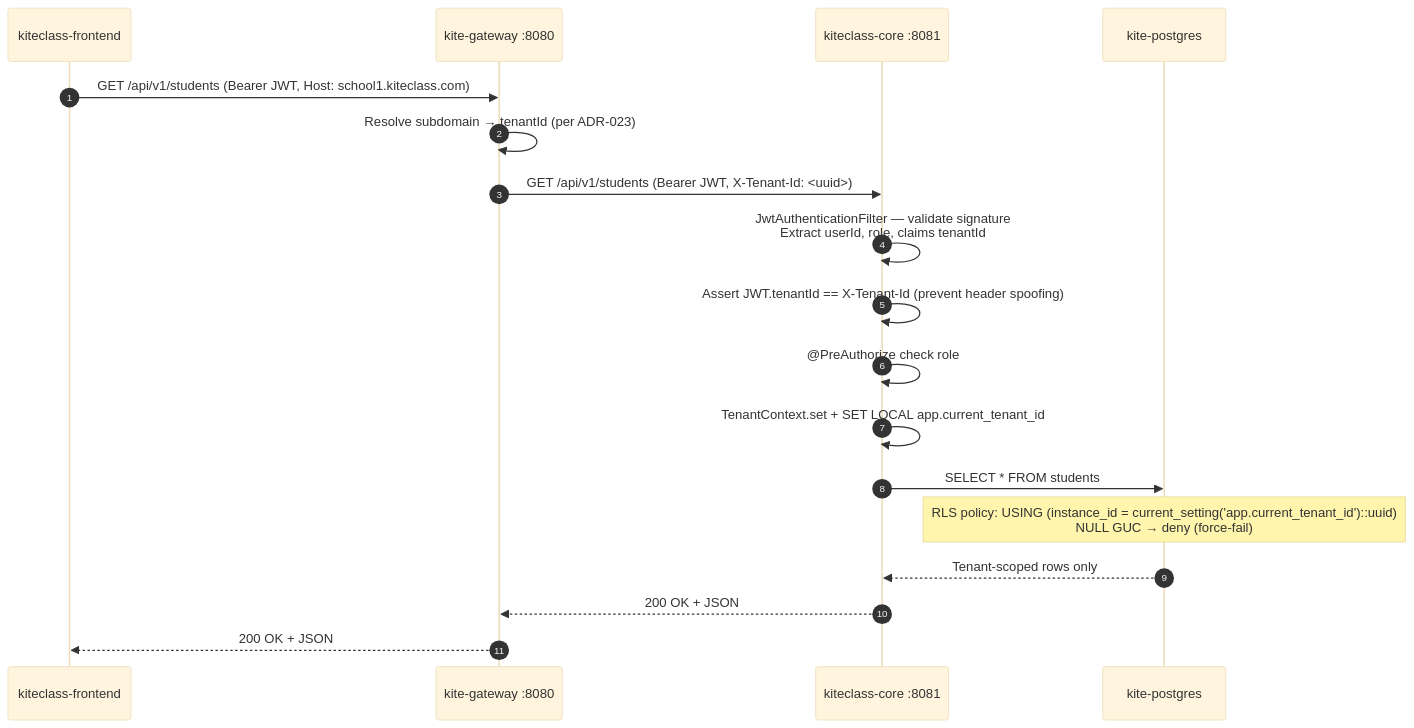
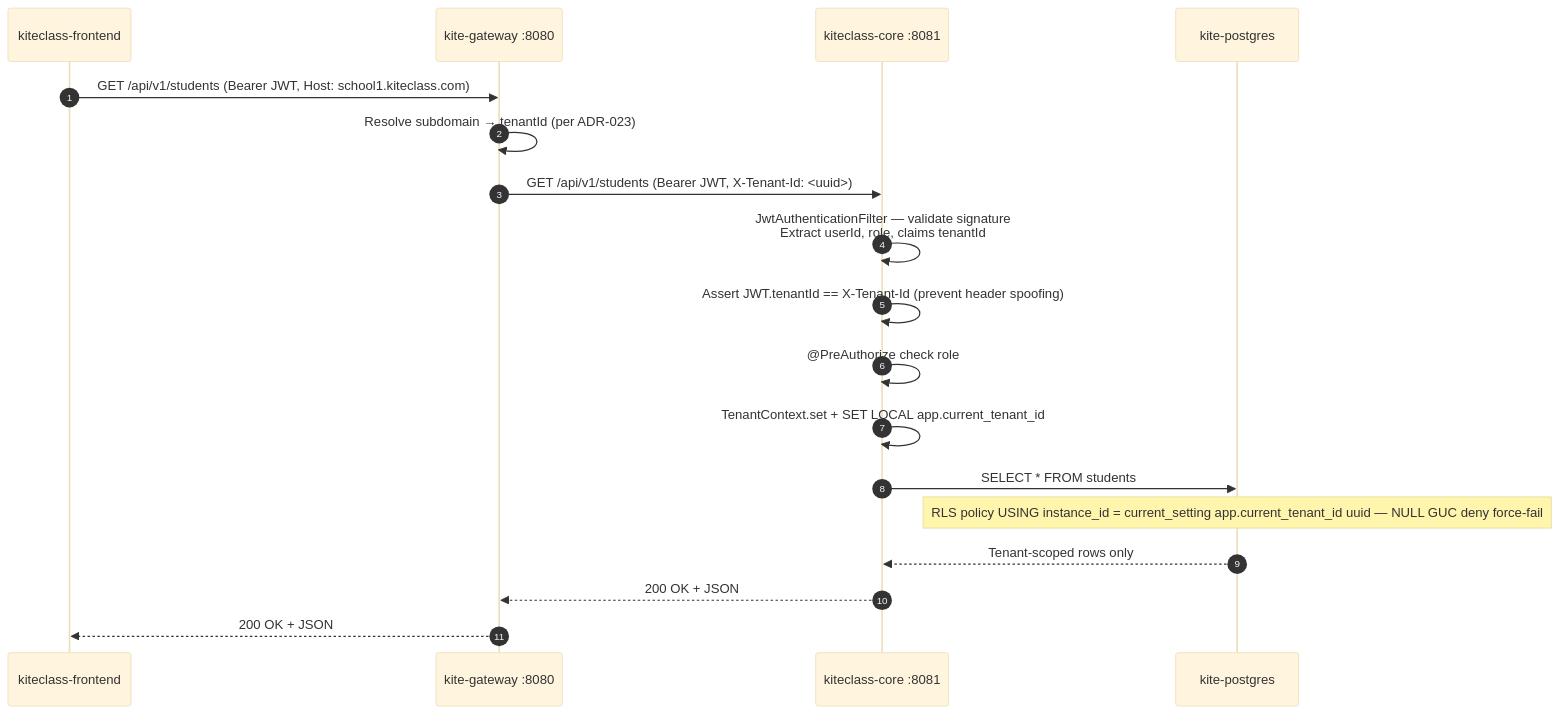
One commit to VictorAurelius/2026-Kite-Class-Platform changed the third of 5 diagrams in documents/02-architecture/kiteclass-architecture.md. Above: the diagram before and after it, drawn with Mermaid (base theme). The commit also changed other lines of this file and 5 other files, not shown here.

First line of the commit message:
fix(02-arch): mermaid Note over <br/> render error (recurrence #6) + rule doc anti-pattern

````diff
--- a/documents/02-architecture/kiteclass-architecture.md
+++ b/documents/02-architecture/kiteclass-architecture.md
@@ -148,24 +148,24 @@
 ```mermaid
 sequenceDiagram
     autonumber
     participant Client as kiteclass-frontend
     participant Gateway as kite-gateway :8080
     participant Core as kiteclass-core :8081
     participant DB as kite-postgres
 
     Client->>Gateway: GET /api/v1/students (Bearer JWT, Host: school1.kiteclass.com)
     Gateway->>Gateway: Resolve subdomain → tenantId (per ADR-023)
     Gateway->>Core: GET /api/v1/students (Bearer JWT, X-Tenant-Id: <uuid>)
 
     Core->>Core: JwtAuthenticationFilter — validate signature<br/>Extract userId, role, claims tenantId
     Core->>Core: Assert JWT.tenantId == X-Tenant-Id (prevent header spoofing)
     Core->>Core: @PreAuthorize check role
     Core->>Core: TenantContext.set + SET LOCAL app.current_tenant_id
 
     Core->>DB: SELECT * FROM students
-    Note over DB: RLS policy: USING (instance_id = current_setting('app.current_tenant_id')::uuid)<br/>NULL GUC → deny (force-fail)
+    Note over DB: RLS policy USING instance_id = current_setting app.current_tenant_id uuid — NULL GUC deny force-fail
     DB-->>Core: Tenant-scoped rows only
 
     Core-->>Gateway: 200 OK + JSON
     Gateway-->>Client: 200 OK + JSON
 ```
````
